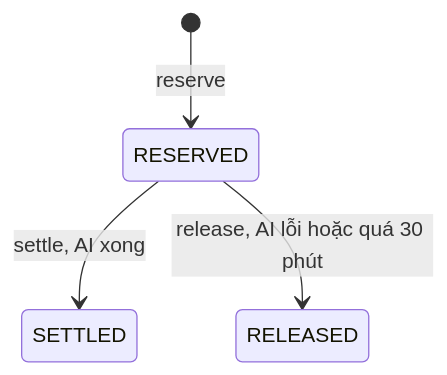
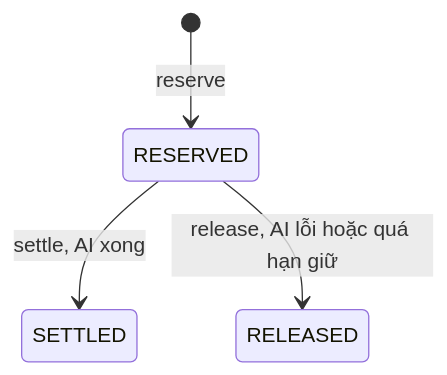
One commit to hygef-v4/AI-Powered-Learning-Platform changed the second of 2 diagrams in aidlc-docs/construction/u07-payment-credit/functional-design/domain-entities.md. Above: the diagram before and after it, drawn with Mermaid. The commit also changed other lines of this file and 185 other files, not shown here.

````diff
--- a/aidlc-docs/construction/u07-payment-credit/functional-design/domain-entities.md
+++ b/aidlc-docs/construction/u07-payment-credit/functional-design/domain-entities.md
@@ -77,6 +77,6 @@
 ```mermaid
 stateDiagram-v2
     [*] --> RESERVED: reserve
     RESERVED --> SETTLED: settle, AI xong
-    RESERVED --> RELEASED: release, AI lỗi hoặc quá 30 phút
+    RESERVED --> RELEASED: release, AI lỗi hoặc quá hạn giữ
 ```
````
